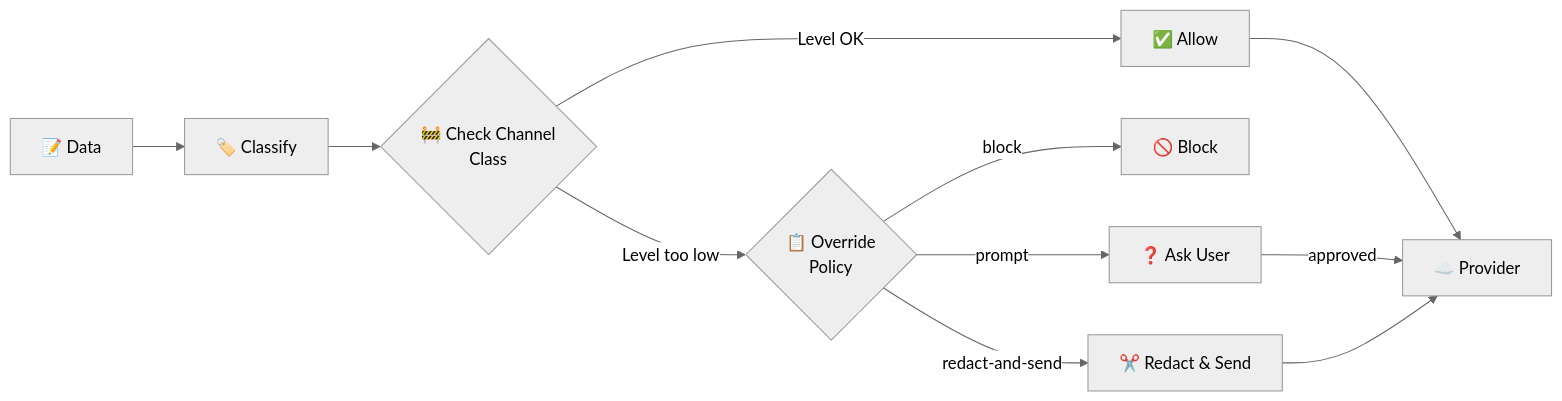
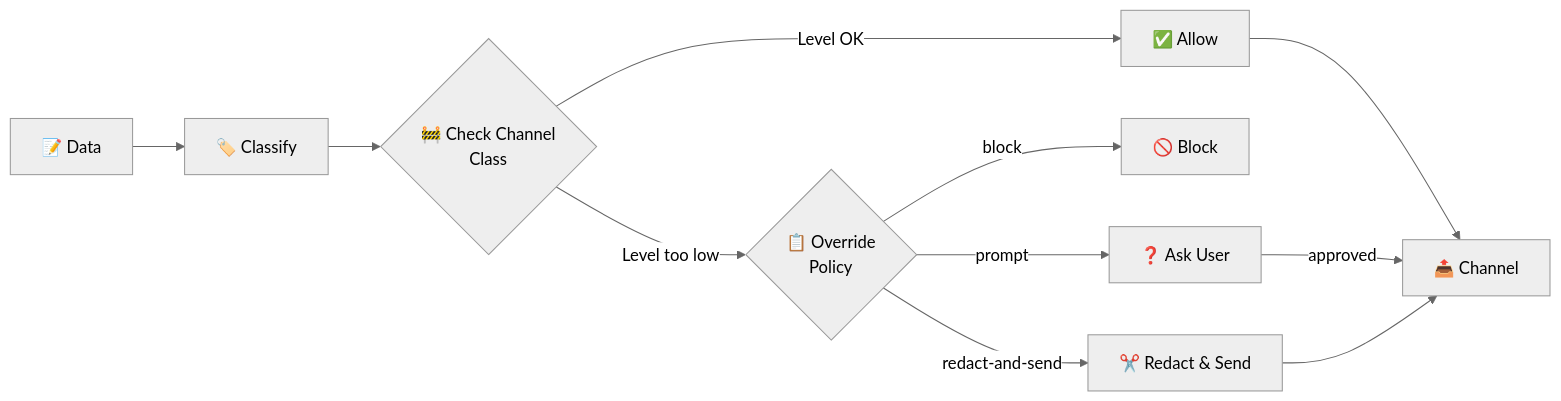
The diagram in docs-site/concepts/privacy-and-security.md (hivemind-os/hivemind), drawn with Mermaid (neutral theme) before and after one commit. The commit also changed other lines of this file and 7 other files, not shown here.

````diff
--- a/docs-site/concepts/privacy-and-security.md
+++ b/docs-site/concepts/privacy-and-security.md
@@ -33,13 +33,13 @@
 ```mermaid
 flowchart LR
     A["📝 Data"] --> B["🏷️ Classify"]
     B --> C{"🚧 Check Channel\nClass"}
     C -- "Level OK" --> D["✅ Allow"]
     C -- "Level too low" --> E{"📋 Override\nPolicy"}
     E -- "block" --> F["🚫 Block"]
     E -- "prompt" --> G["❓ Ask User"]
     E -- "redact-and-send" --> H["✂️ Redact & Send"]
-    D --> I["☁️ Provider"]
+    D --> I["📤 Channel"]
     G -- "approved" --> I
     H --> I
 ```
````
